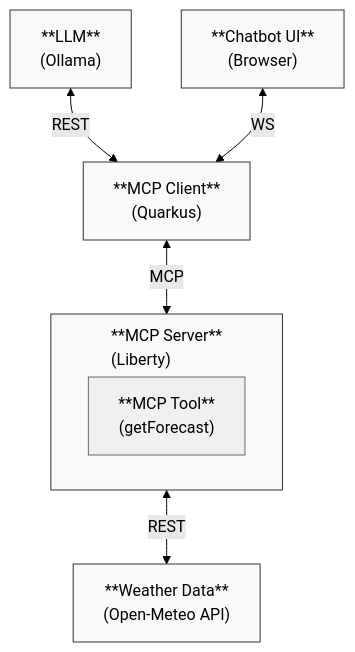
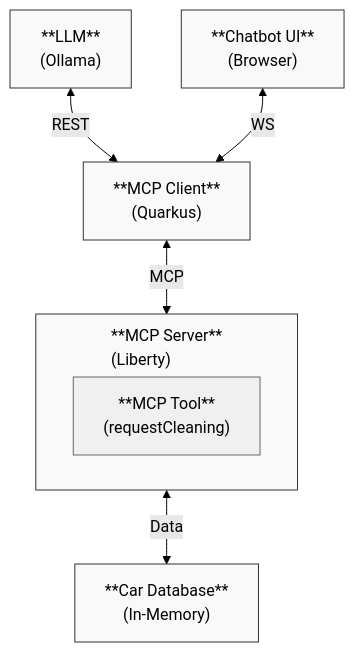
One commit to mbroz2/jcon-europe-2026 changed the diagram in step-01-mcp/bonus-liberty-mcp/README.md. Above: the diagram before and after it, drawn with Mermaid (forest theme). The commit also changed other lines of this file and 2 other files, not shown here.

Commit message:
docs: Update Liberty MCP server references from weather to cleaning tool

````diff
--- a/step-01-mcp/bonus-liberty-mcp/README.md
+++ b/step-01-mcp/bonus-liberty-mcp/README.md
@@ -90,31 +95,31 @@
 ```mermaid
 ---
 config:
   flowchart:
     subGraphTitleMargin:
       top: 10
       bottom: 18
 ---
 flowchart TD
     LLM["**LLM**<br>(Ollama)"]
     UI["**Chatbot UI**<br>(Browser)"]
     Client["**MCP Client**<br>(Quarkus)"]
     
     subgraph Server["**MCP Server**<br>(Liberty)"]
-        Tool["**MCP Tool**<br>(getForecast)"]
+        Tool["**MCP Tool**<br>(requestCleaning)"]
     end
     
-    API["**Weather Data**<br>(Open-Meteo API)"]
+    DB["**Car Database**<br>(In-Memory)"]
     
     LLM <--"REST"--> Client
     UI <--"WS"--> Client
     Client <--"MCP"--> Server
-    Server <--"REST"--> API
+    Server <--"Data"--> DB
     
     classDef component fill:#f9f9f9,stroke:#333,stroke-width:1px,color:black;
-    class LLM,UI,Client,API component;
+    class LLM,UI,Client,DB component;
     classDef serverComponent fill:#f9f9f9,stroke:#333,stroke-width:1px,color:black;
     class Server serverComponent;
     classDef toolComponent fill:#f0f0f0,stroke:#666,stroke-width:1px,color:black;
     class Tool toolComponent;
 ```
````
